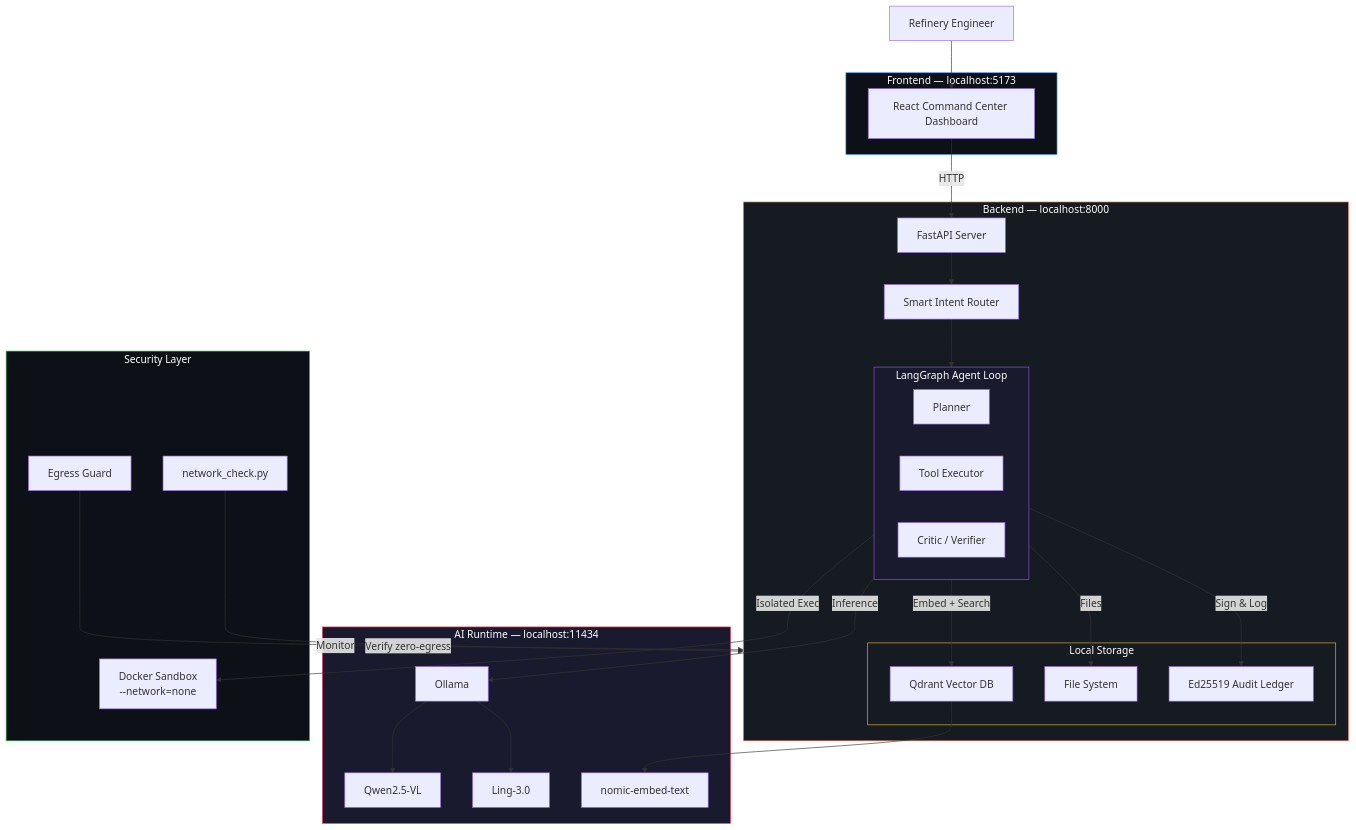
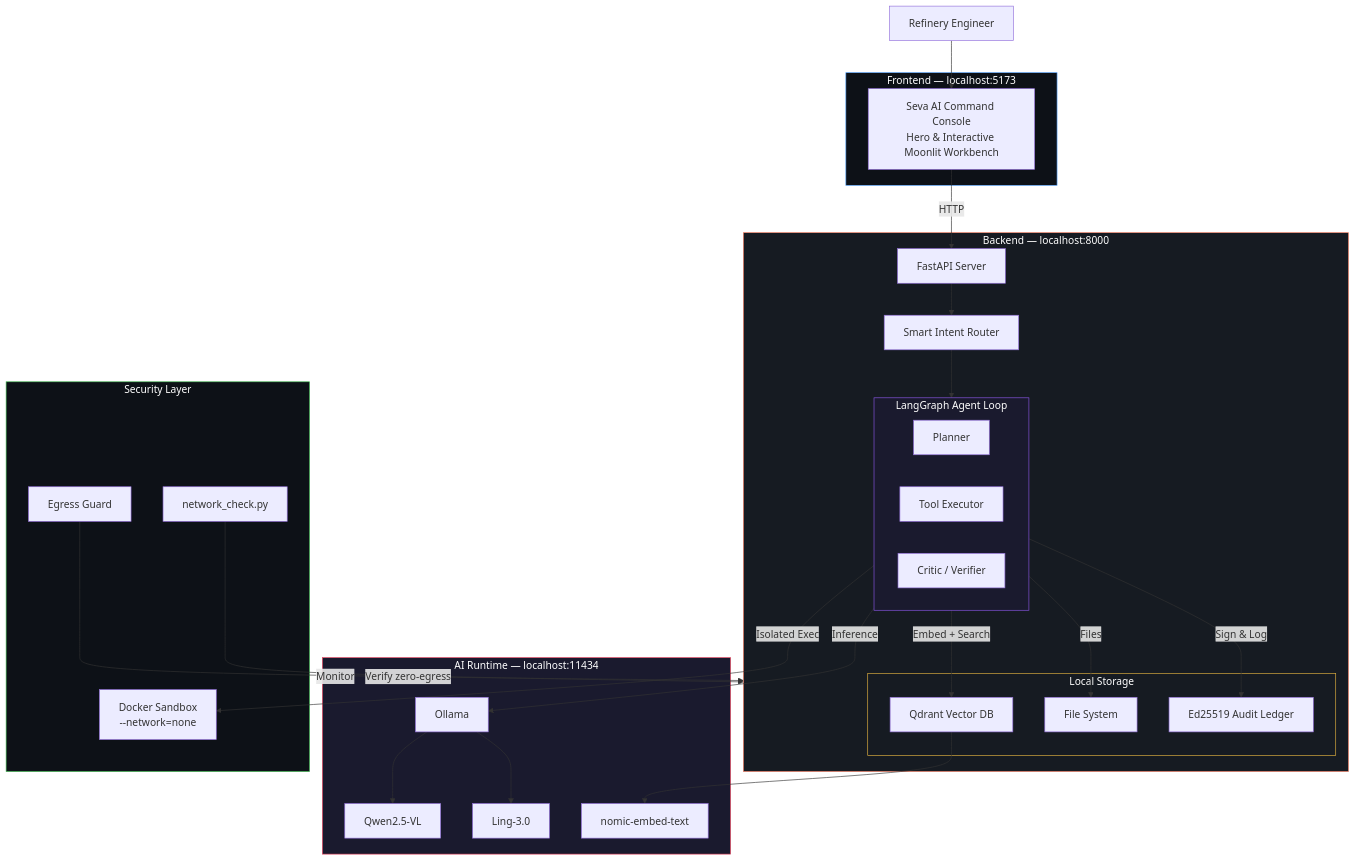
Before and after one commit to mevarx/SIH26117: the third of 8 diagrams in README.md, drawn with Mermaid. The commit also changed other lines of this file, not shown here.

Commit message:
docs: update README with Seva AI command console architecture

````diff
--- a/README.md
+++ b/README.md
@@ -114,60 +114,60 @@
 ```mermaid
 graph TB
     USER["Refinery Engineer"]
 
     subgraph BROWSER["Frontend — localhost:5173"]
-        UI["React Command Center Dashboard"]
+        UI["Seva AI Command Console\nHero & Interactive Moonlit Workbench"]
     end
 
     subgraph SERVER["Backend — localhost:8000"]
         API["FastAPI Server"]
         ROUTER["Smart Intent Router"]
 
         subgraph AGENT["LangGraph Agent Loop"]
             PLANNER["Planner"]
             TOOLS["Tool Executor"]
             CRITIC["Critic / Verifier"]
         end
 
         subgraph STORE["Local Storage"]
             QDRANT["Qdrant Vector DB"]
             FS["File System"]
             AUDIT["Ed25519 Audit Ledger"]
         end
     end
 
     subgraph AI["AI Runtime — localhost:11434"]
         OLLAMA["Ollama"]
         VISION["Qwen2.5-VL"]
         LING["Ling-3.0"]
         NOMIC["nomic-embed-text"]
     end
 
     subgraph SEC["Security Layer"]
         GUARD["Egress Guard"]
         SANDBOX["Docker Sandbox\n--network=none"]
         NETCHECK["network_check.py"]
     end
 
     USER --> UI
     UI -->|HTTP| API
     API --> ROUTER
     ROUTER --> AGENT
     AGENT -->|Inference| OLLAMA
     OLLAMA --> VISION
     OLLAMA --> LING
     AGENT -->|Embed + Search| QDRANT
     QDRANT --> NOMIC
     AGENT -->|Files| FS
     AGENT -->|Sign & Log| AUDIT
     GUARD -->|Monitor| SERVER
     AGENT -->|Isolated Exec| SANDBOX
     NETCHECK -->|Verify zero-egress| SERVER
 
     style BROWSER fill:#0d1117,stroke:#58a6ff,color:#fff
     style SERVER fill:#161b22,stroke:#f78166,color:#fff
     style AI fill:#1a1a2e,stroke:#e94560,color:#fff
     style SEC fill:#0d1117,stroke:#3fb950,color:#fff
     style AGENT fill:#1a1a2e,stroke:#8957e5,color:#fff
     style STORE fill:#161b22,stroke:#e3b341,color:#fff
 ```
````
